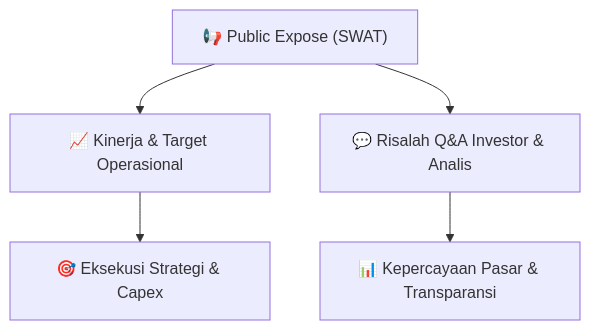
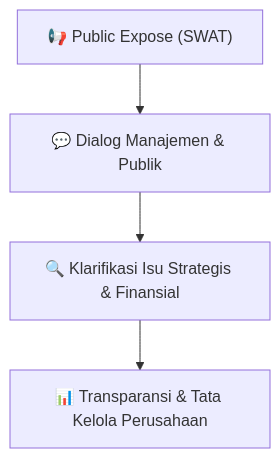
Before and after one commit to anYoneo/alphadigest-idx: the diagram in Finplan_analyst/knowledge-base/public-exposes/hasil-pubex/SWAT_Public_Expose_20260913.md, drawn with Mermaid. The commit also changed other lines of this file and 526 other files, not shown here.

````diff
--- a/Finplan_analyst/knowledge-base/public-exposes/hasil-pubex/SWAT_Public_Expose_20260913.md
+++ b/Finplan_analyst/knowledge-base/public-exposes/hasil-pubex/SWAT_Public_Expose_20260913.md
@@ -31,7 +30,6 @@
 ```mermaid
 flowchart TD
-    A["📢 Public Expose (SWAT)"] --> B["📈 Kinerja & Target Operasional"]
-    A --> C["💬 Risalah Q&A Investor & Analis"]
-    B --> D["🎯 Eksekusi Strategi & Capex"]
-    C --> E["📊 Kepercayaan Pasar & Transparansi"]
+    A["📢 Public Expose (SWAT)"] --> B["💬 Dialog Manajemen & Publik"]
+    B --> C["🔍 Klarifikasi Isu Strategis & Finansial"]
+    C --> D["📊 Transparansi & Tata Kelola Perusahaan"]
 ```
````
